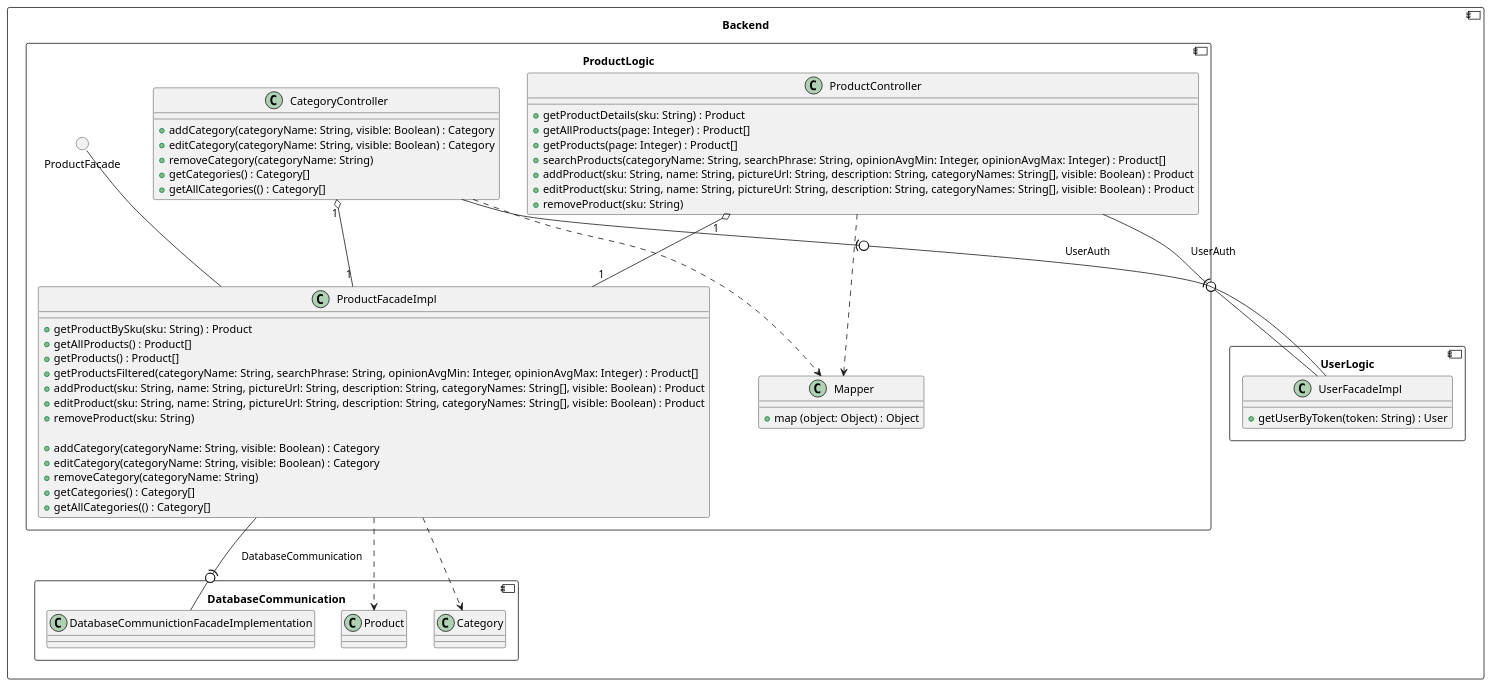
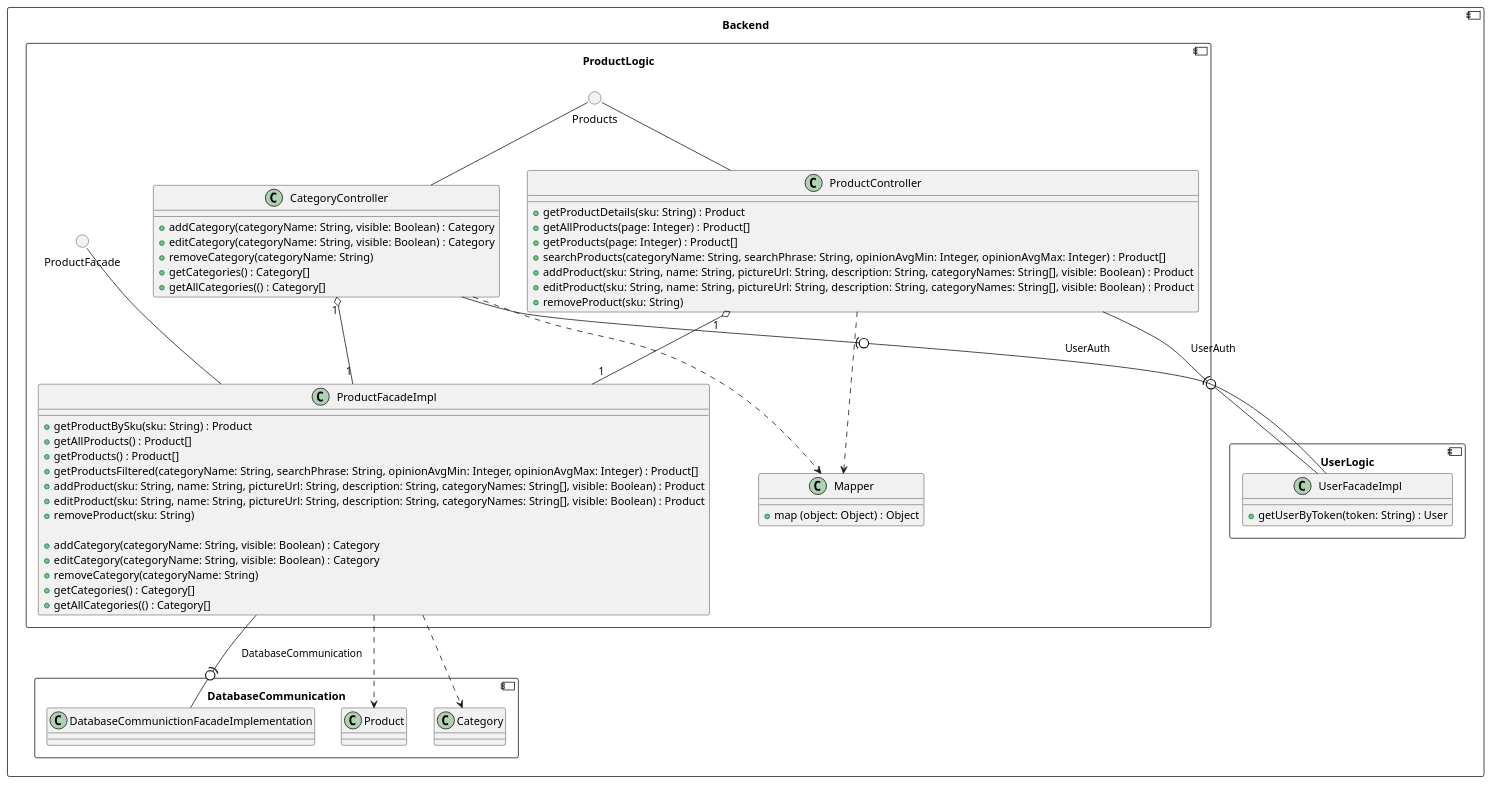
The fourth of 6 diagrams in FullClassDiagrams.md (RadekBucki/OpinionCollectorArchitecture), drawn with PlantUML before and after one commit. The commit also changed other lines of this file, not shown here.

Commit message:
Opinion diagram and some fixes

````diff
--- a/FullClassDiagrams.md
+++ b/FullClassDiagrams.md
@@ -170,63 +172,66 @@
 ```plantuml
 component Backend {
     component ProductLogic {
+        circle Products
         class ProductController {
             + getProductDetails(sku: String) : Product
             + getAllProducts(page: Integer) : Product[]
             + getProducts(page: Integer) : Product[]
             + searchProducts(categoryName: String, searchPhrase: String, opinionAvgMin: Integer, opinionAvgMax: Integer) : Product[]
             + addProduct(sku: String, name: String, pictureUrl: String, description: String, categoryNames: String[], visible: Boolean) : Product
             + editProduct(sku: String, name: String, pictureUrl: String, description: String, categoryNames: String[], visible: Boolean) : Product
             + removeProduct(sku: String)
         }
         class CategoryController {
             + addCategory(categoryName: String, visible: Boolean) : Category
             + editCategory(categoryName: String, visible: Boolean) : Category
             + removeCategory(categoryName: String)
             + getCategories() : Category[]
             + getAllCategories(() : Category[]
         }
         circle ProductFacade
         class ProductFacadeImpl {
             + getProductBySku(sku: String) : Product
             + getAllProducts() : Product[]
             + getProducts() : Product[]
             + getProductsFiltered(categoryName: String, searchPhrase: String, opinionAvgMin: Integer, opinionAvgMax: Integer) : Product[]
             + addProduct(sku: String, name: String, pictureUrl: String, description: String, categoryNames: String[], visible: Boolean) : Product
             + editProduct(sku: String, name: String, pictureUrl: String, description: String, categoryNames: String[], visible: Boolean) : Product
             + removeProduct(sku: String)
             
             + addCategory(categoryName: String, visible: Boolean) : Category
             + editCategory(categoryName: String, visible: Boolean) : Category
             + removeCategory(categoryName: String)
             + getCategories() : Category[]
             + getAllCategories(() : Category[]
         }
         ProductFacade -- ProductFacadeImpl
         CategoryController "1" o-- "1" ProductFacadeImpl
         ProductController  "1" o-- "1" ProductFacadeImpl
+        Products -- ProductController
+        Products -- CategoryController
         
         class Mapper {
             +map (object: Object) : Object
         }
         CategoryController ..> Mapper
         ProductController  ..> Mapper
     }
     component DatabaseCommunication {
         class DatabaseCommunictionFacadeImplementation
         class Product
         class Category
     }
     ProductFacadeImpl -(0- DatabaseCommunictionFacadeImplementation : DatabaseCommunication
     ProductFacadeImpl ..>  Product
     ProductFacadeImpl ..>  Category
     
     component UserLogic {
         class UserFacadeImpl {
             + getUserByToken(token: String) : User
         }
     }
     ProductController -(0- UserFacadeImpl  : UserAuth
     CategoryController -(0- UserFacadeImpl : UserAuth
 }
 ```
````
